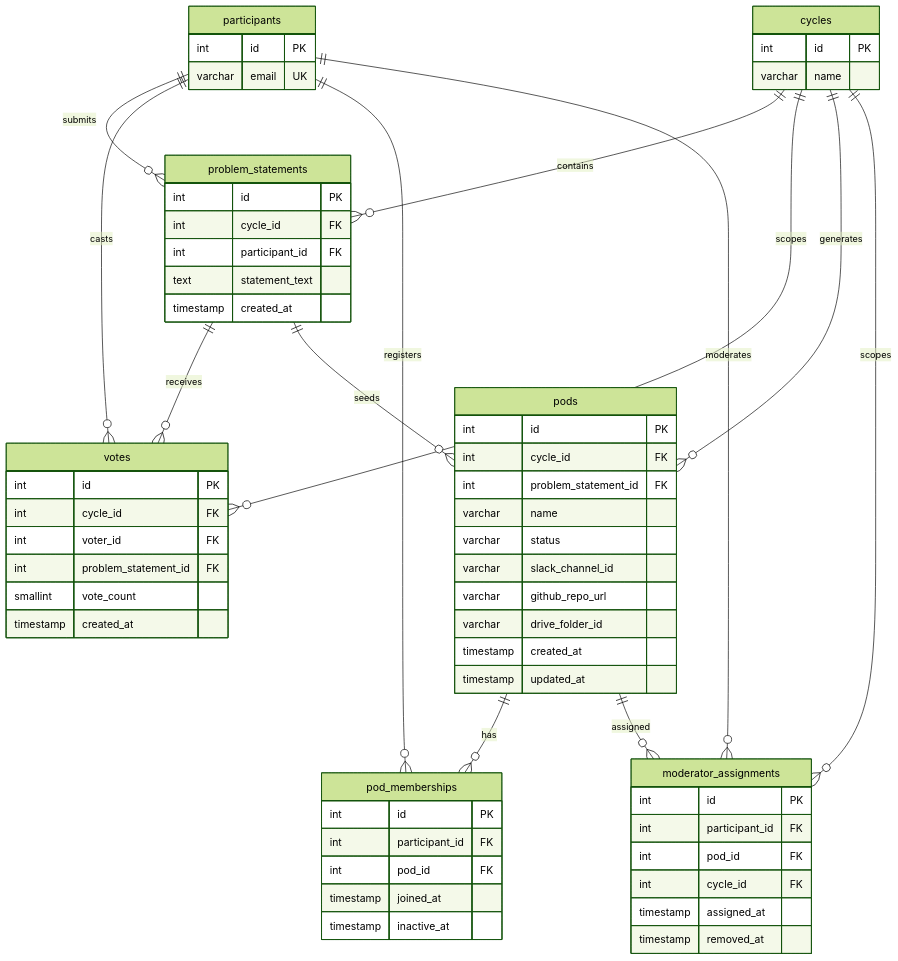
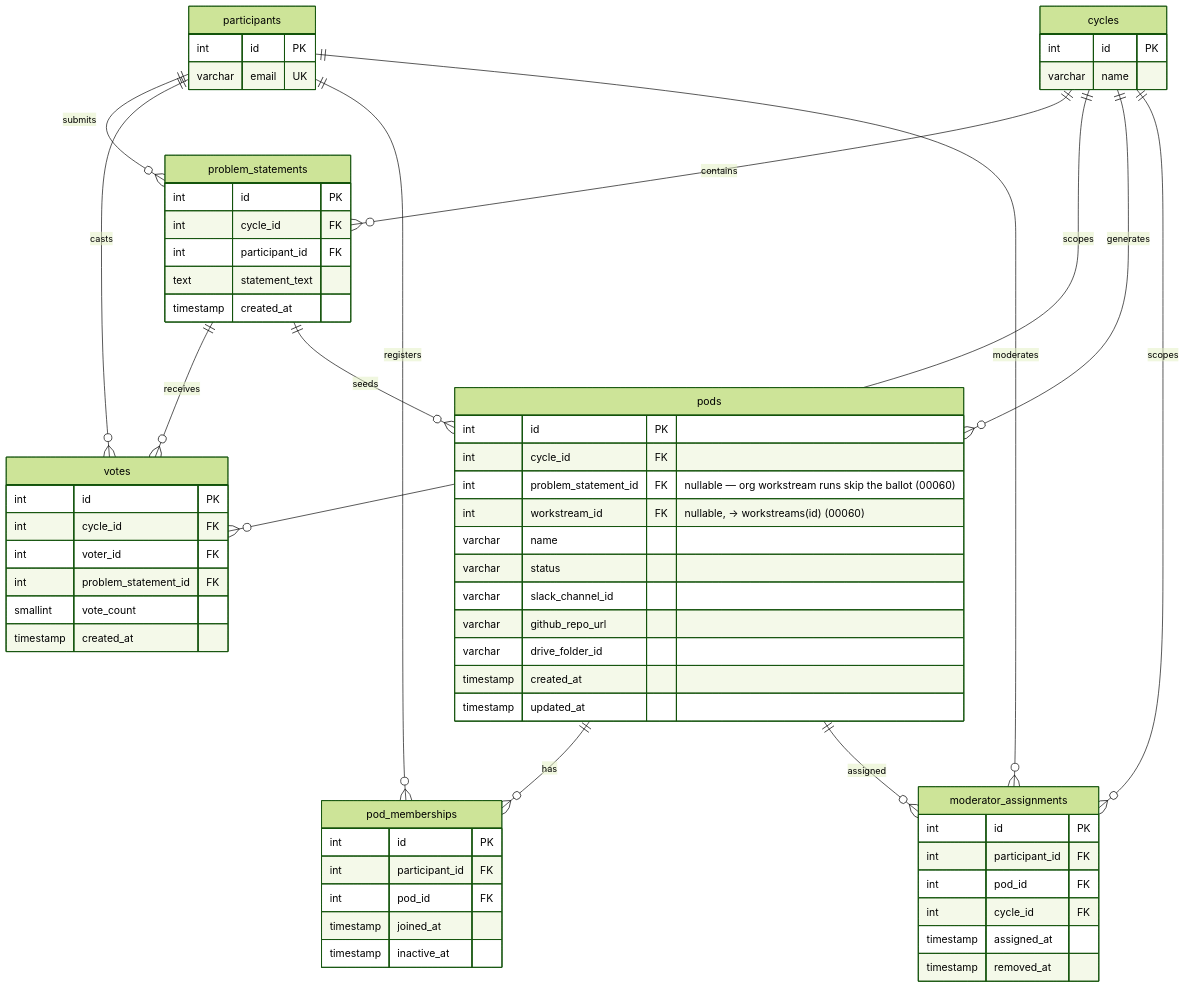
The fourth of 9 diagrams in SCHEMA.md (TheUpskillingLabs/OLOS), drawn with Mermaid (forest theme) before and after one commit. The commit also changed other lines of this file and 18 other files, not shown here.

````diff
--- a/SCHEMA.md
+++ b/SCHEMA.md
@@ -245,72 +249,73 @@
 ```mermaid
 erDiagram
     cycles {
         int id PK
         varchar name
     }
 
     participants {
         int id PK
         varchar email UK
     }
 
     problem_statements {
         int id PK
         int cycle_id FK
         int participant_id FK
         text statement_text
         timestamp created_at
     }
 
     votes {
         int id PK
         int cycle_id FK
         int voter_id FK
         int problem_statement_id FK
         smallint vote_count
         timestamp created_at
     }
 
     pods {
         int id PK
         int cycle_id FK
-        int problem_statement_id FK
+        int problem_statement_id FK "nullable — org workstream runs skip the ballot (00060)"
+        int workstream_id FK "nullable, → workstreams(id) (00060)"
         varchar name
         varchar status
         varchar slack_channel_id
         varchar github_repo_url
         varchar drive_folder_id
         timestamp created_at
         timestamp updated_at
     }
 
     pod_memberships {
         int id PK
         int participant_id FK
         int pod_id FK
         timestamp joined_at
         timestamp inactive_at
     }
 
     moderator_assignments {
         int id PK
         int participant_id FK
         int pod_id FK
         int cycle_id FK
         timestamp assigned_at
         timestamp removed_at
     }
 
     cycles ||--o{ problem_statements : "contains"
     participants ||--o{ problem_statements : "submits"
     problem_statements ||--o{ votes : "receives"
     participants ||--o{ votes : "casts"
     cycles ||--o{ votes : "scopes"
     problem_statements ||--o{ pods : "seeds"
     cycles ||--o{ pods : "generates"
     pods ||--o{ pod_memberships : "has"
     participants ||--o{ pod_memberships : "registers"
     pods ||--o{ moderator_assignments : "assigned"
     participants ||--o{ moderator_assignments : "moderates"
     cycles ||--o{ moderator_assignments : "scopes"
 ```
````
